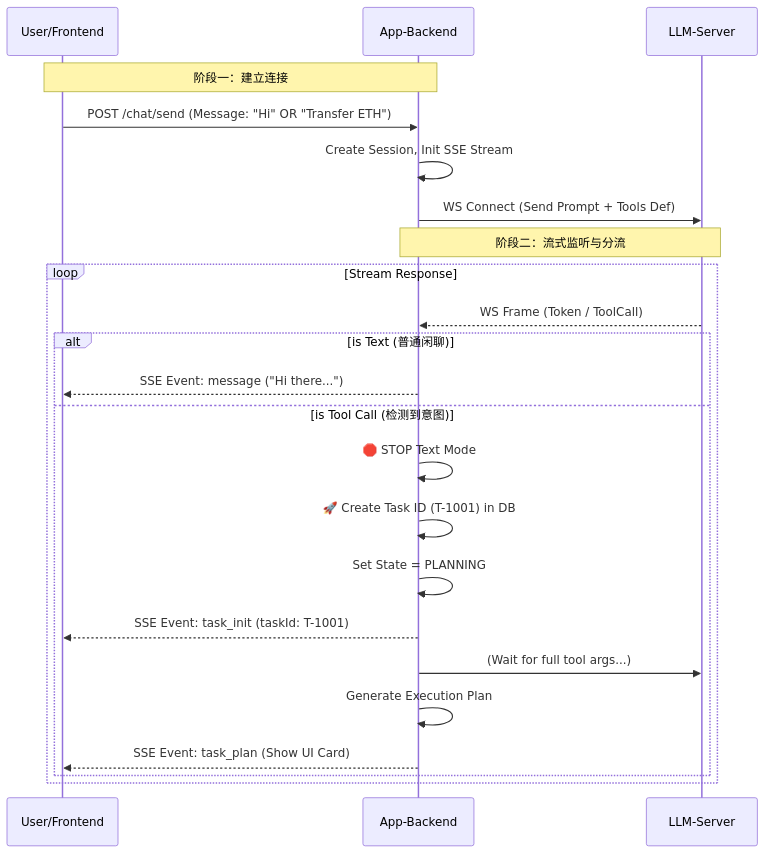
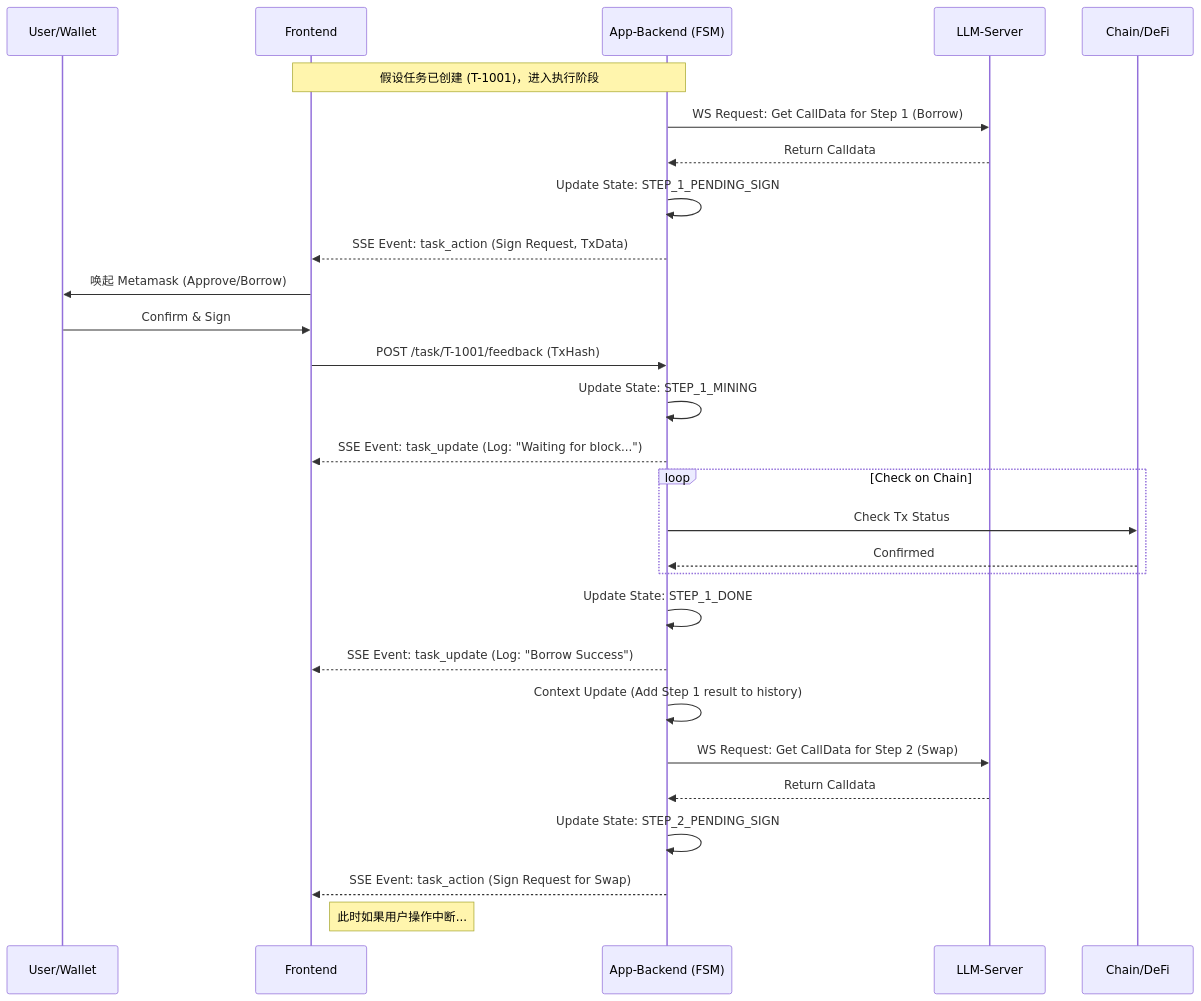
The diagram in all/未命名-10.md (yingjianzh/iodraw-files), drawn with Mermaid before and after one commit.

Commit message:
2025-12-17 16:15:59 update

````diff
--- a/all/未命名-10.md
+++ b/all/未命名-10.md
@@ -1,28 +1,40 @@
 ```mermaid
 sequenceDiagram
-    participant U as User/Frontend
-    participant B as App-Backend
+    participant U as User/Wallet
+    participant F as Frontend
+    participant B as App-Backend (FSM)
     participant L as LLM-Server
+    participant C as Chain/DeFi
 
-    Note over U, B: 阶段一：建立连接
-    U->>B: POST /chat/send (Message: "Hi" OR "Transfer ETH")
-    B->>B: Create Session, Init SSE Stream
-    B->>L: WS Connect (Send Prompt + Tools Def)
+    Note over F, B: 假设任务已创建 (T-1001)，进入执行阶段
+    
+    %% Step 1: 借款
+    B->>L: WS Request: Get CallData for Step 1 (Borrow)
+    L-->>B: Return Calldata
+    B->>B: Update State: STEP_1_PENDING_SIGN
+    B-->>F: SSE Event: task_action (Sign Request, TxData)
+    
+    F->>U: 唤起 Metamask (Approve/Borrow)
+    U->>F: Confirm & Sign
+    F->>B: POST /task/T-1001/feedback (TxHash)
+    
+    B->>B: Update State: STEP_1_MINING
+    B-->>F: SSE Event: task_update (Log: "Waiting for block...")
+    
+    loop Check on Chain
+        B->>C: Check Tx Status
+        C-->>B: Confirmed
+    end
+    
+    B->>B: Update State: STEP_1_DONE
+    B-->>F: SSE Event: task_update (Log: "Borrow Success")
 
-    Note over B, L: 阶段二：流式监听与分流
-    loop Stream Response
-        L-->>B: WS Frame (Token / ToolCall)
-        
-        alt is Text (普通闲聊)
-            B-->>U: SSE Event: message ("Hi there...")
-        else is Tool Call (检测到意图)
-            B->>B: 🛑 STOP Text Mode
-            B->>B: 🚀 Create Task ID (T-1001) in DB
-            B->>B: Set State = PLANNING
-            B-->>U: SSE Event: task_init (taskId: T-1001)
-            B->>L: (Wait for full tool args...)
-            B->>B: Generate Execution Plan
-            B-->>U: SSE Event: task_plan (Show UI Card)
-        end
-    end
+    %% Step 2: Swap (串行逻辑)
+    B->>B: Context Update (Add Step 1 result to history)
+    B->>L: WS Request: Get CallData for Step 2 (Swap)
+    L-->>B: Return Calldata
+    B->>B: Update State: STEP_2_PENDING_SIGN
+    B-->>F: SSE Event: task_action (Sign Request for Swap)
+    
+    Note right of F: 此时如果用户操作中断...
 ```
````
